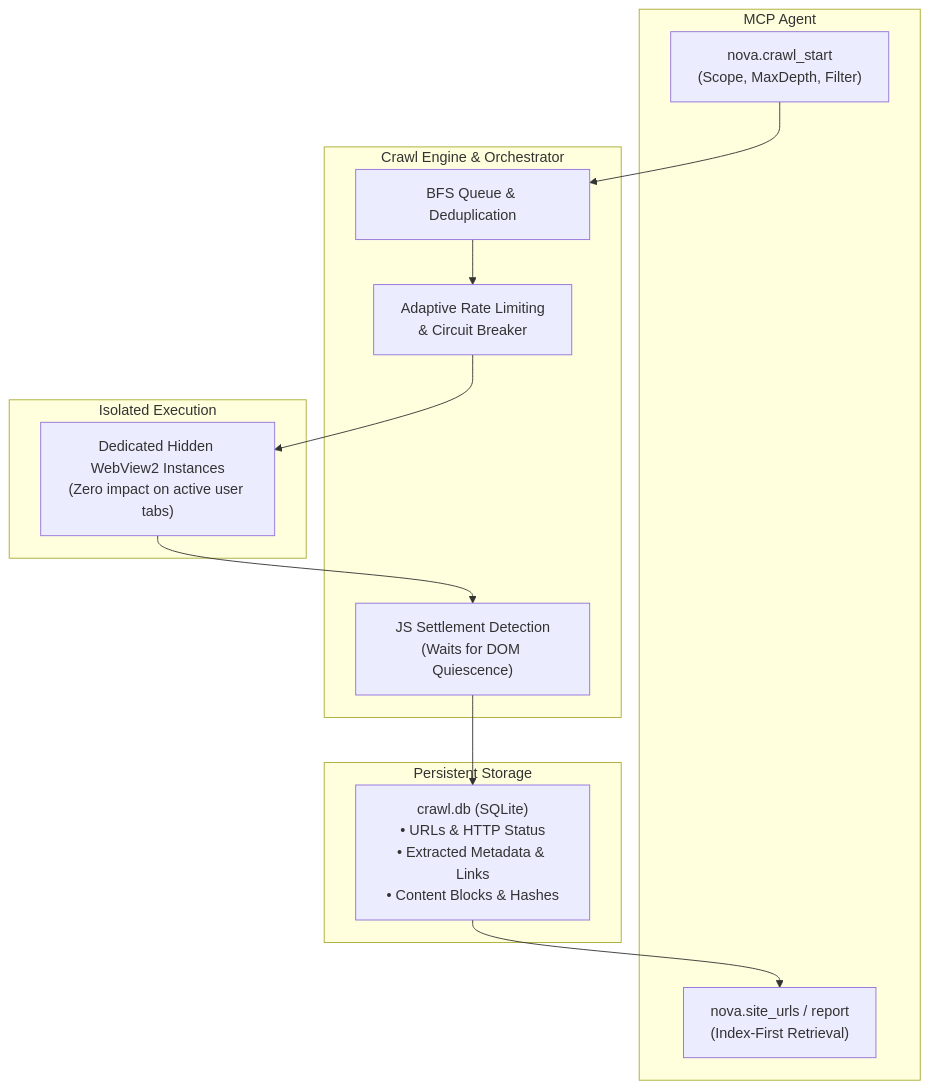
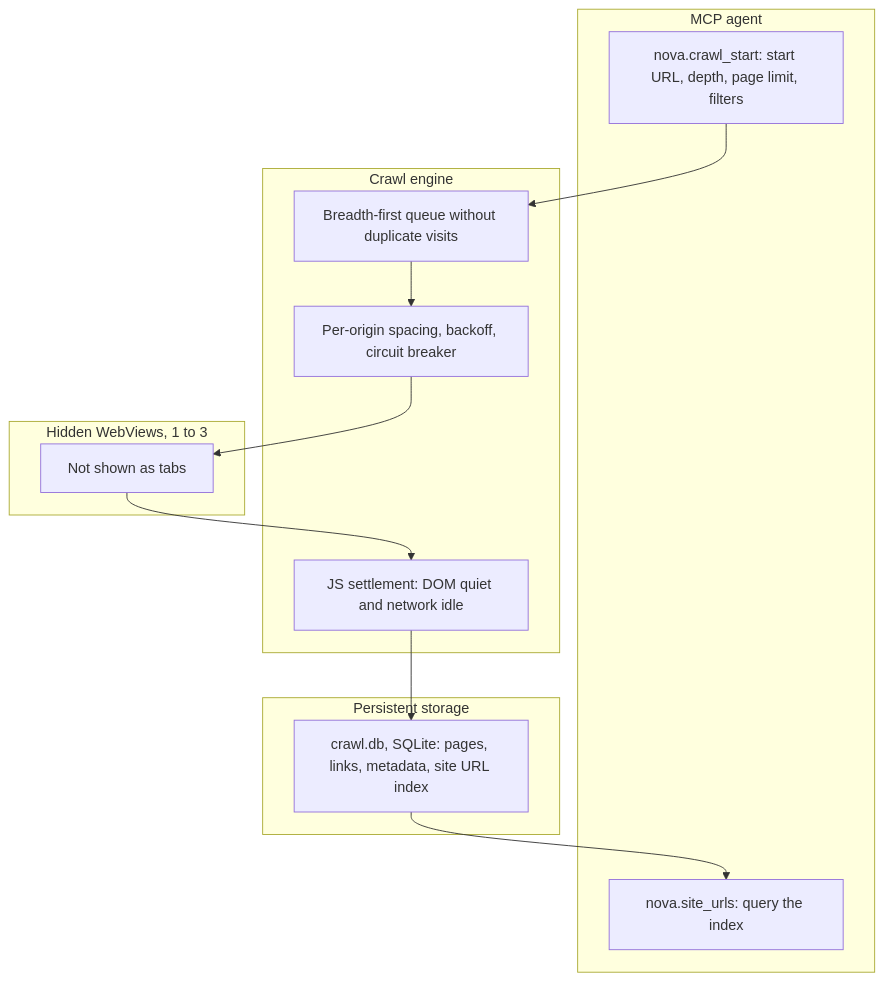
Before and after one commit to joelaniol/nova: the diagram in docs/core-features/crawler-and-discovery.md, drawn with Mermaid. The commit also changed other lines of this file and 495 other files, not shown here.

Commit message:
docs: every page checked against the product; tool pages show real responses and the real tool category

````diff
--- a/docs/core-features/crawler-and-discovery.md
+++ b/docs/core-features/crawler-and-discovery.md
@@ -21,28 +21,28 @@
 ```mermaid
 flowchart TD
-    subgraph Agent["MCP Agent"]
-        Cmd["nova.crawl_start<br>(Scope, MaxDepth, Filter)"]
-        IndexQuery["nova.site_urls / report<br>(Index-First Retrieval)"]
+    subgraph Agent["MCP agent"]
+        Cmd["nova.crawl_start: start URL, depth, page limit, filters"]
+        IndexQuery["nova.site_urls: query the index"]
     end
 
-    subgraph CrawlerEngine["Crawl Engine & Orchestrator"]
-        BFS["BFS Queue & Deduplication"]
-        RateLimit["Adaptive Rate Limiting<br>& Circuit Breaker"]
-        Settlement["JS Settlement Detection<br>(Waits for DOM Quiescence)"]
+    subgraph Engine["Crawl engine"]
+        BFS["Breadth-first queue without duplicate visits"]
+        RateLimit["Per-origin spacing, backoff, circuit breaker"]
+        Settlement["JS settlement: DOM quiet and network idle"]
     end
 
-    subgraph Storage["Persistent Storage"]
-        CrawlDb["crawl.db (SQLite)<br>• URLs & HTTP Status<br>• Extracted Metadata & Links<br>• Content Blocks & Hashes"]
+    subgraph Hidden["Hidden WebViews, 1 to 3"]
+        HiddenWebViews["Not shown as tabs"]
     end
 
-    subgraph HiddenSurface["Isolated Execution"]
-        HiddenWebViews["Dedicated Hidden WebView2 Instances<br>(Zero impact on active user tabs)"]
+    subgraph Storage["Persistent storage"]
+        CrawlDb["crawl.db, SQLite: pages, links, metadata, site URL index"]
     end
 
     Cmd --> BFS
     BFS --> RateLimit
     RateLimit --> HiddenWebViews
     HiddenWebViews --> Settlement
     Settlement --> CrawlDb
     CrawlDb --> IndexQuery
 ```
````
